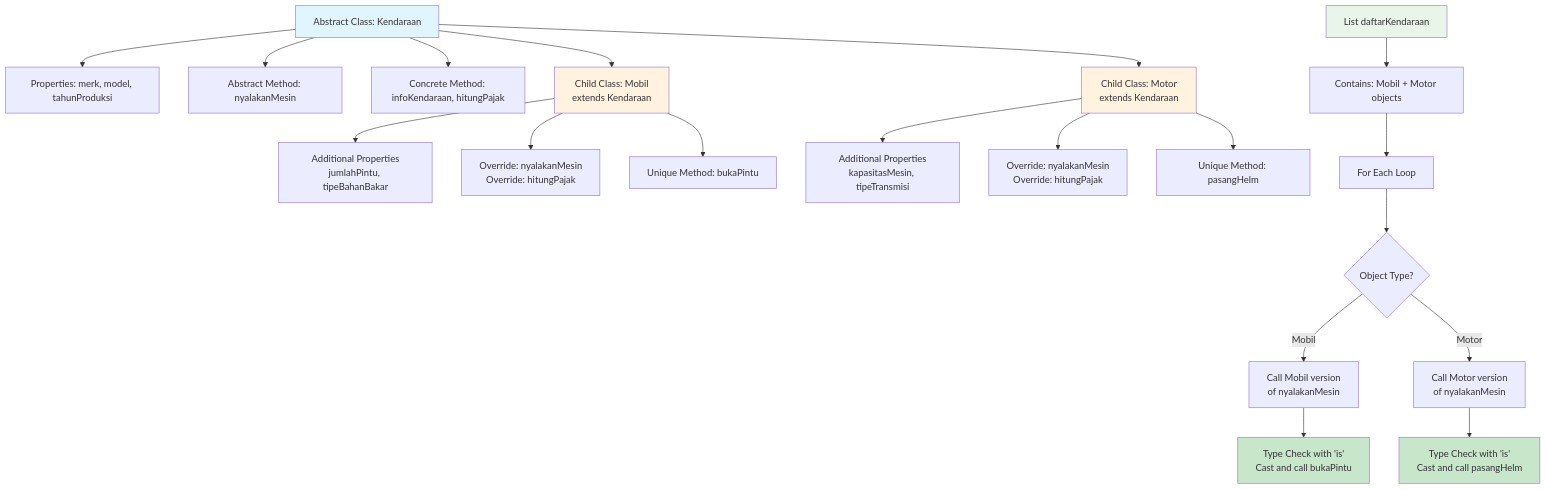
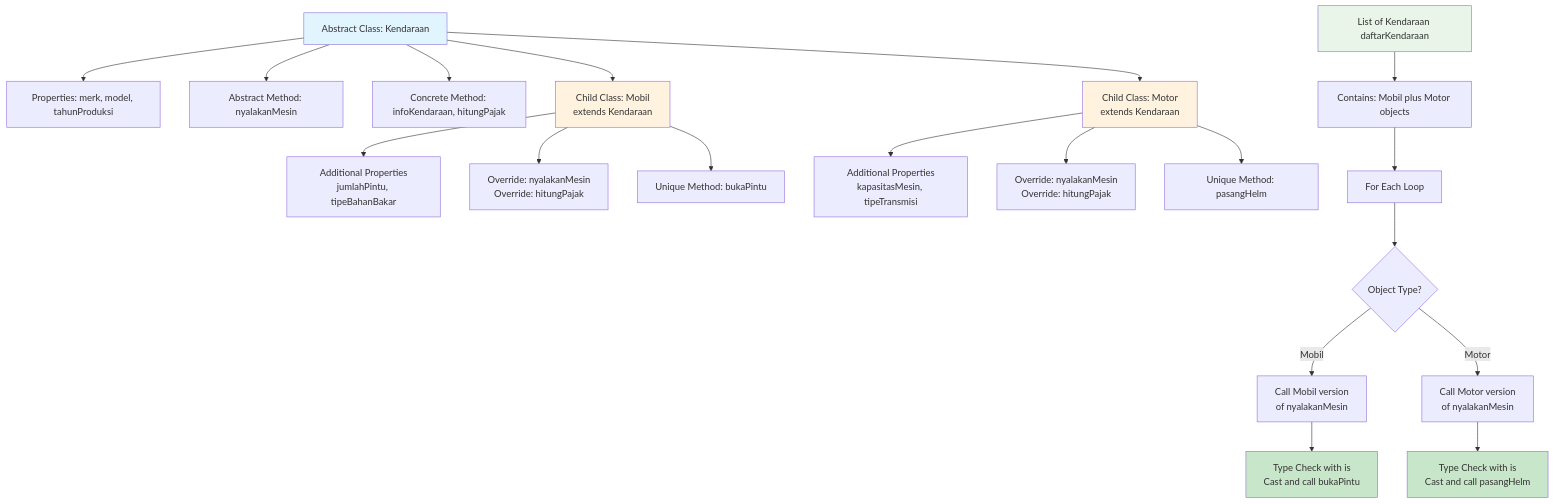
One commit to antonprafanto/flutter changed the third of 13 diagrams in pertemuan2.md. Above: the diagram before and after it, drawn with Mermaid. The commit also changed other lines of this file, not shown here.

````diff
--- a/pertemuan2.md
+++ b/pertemuan2.md
@@ -358,33 +438,33 @@
 ```mermaid
 flowchart TD
     A[Abstract Class: Kendaraan] --> B[Properties: merk, model, tahunProduksi]
     A --> C[Abstract Method: nyalakanMesin]
     A --> D[Concrete Method: infoKendaraan, hitungPajak]
     
     A --> E[Child Class: Mobil<br/>extends Kendaraan]
     A --> F[Child Class: Motor<br/>extends Kendaraan]
     
     E --> G[Additional Properties<br/>jumlahPintu, tipeBahanBakar]
     E --> H[Override: nyalakanMesin<br/>Override: hitungPajak]
     E --> I[Unique Method: bukaPintu]
     
     F --> J[Additional Properties<br/>kapasitasMesin, tipeTransmisi]
     F --> K[Override: nyalakanMesin<br/>Override: hitungPajak]
     F --> L[Unique Method: pasangHelm]
     
-    M[List<Kendaraan> daftarKendaraan] --> N[Contains: Mobil + Motor objects]
+    M[List of Kendaraan daftarKendaraan] --> N[Contains: Mobil plus Motor objects]
     N --> O[For Each Loop]
     O --> P{Object Type?}
     P -->|Mobil| Q[Call Mobil version<br/>of nyalakanMesin]
     P -->|Motor| R[Call Motor version<br/>of nyalakanMesin]
     
-    Q --> S[Type Check with 'is'<br/>Cast and call bukaPintu]
-    R --> T[Type Check with 'is'<br/>Cast and call pasangHelm]
+    Q --> S[Type Check with is<br/>Cast and call bukaPintu]
+    R --> T[Type Check with is<br/>Cast and call pasangHelm]
     
     style A fill:#e1f5fe
     style E fill:#fff3e0
     style F fill:#fff3e0
     style M fill:#e8f5e8
     style S fill:#c8e6c9
     style T fill:#c8e6c9
 ```
````
